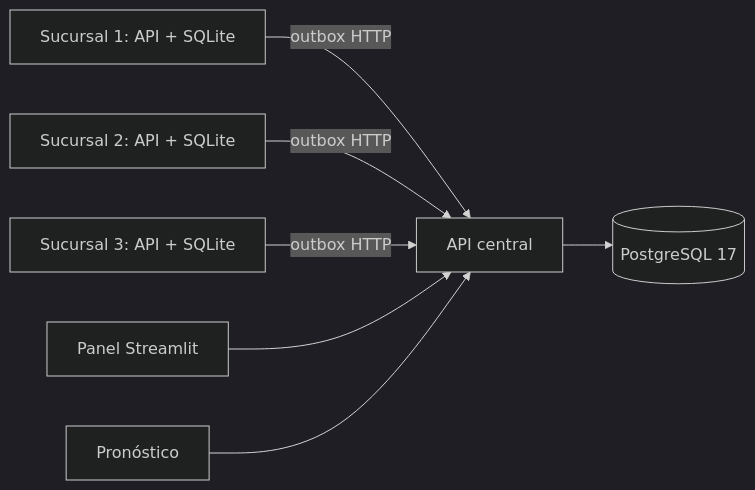
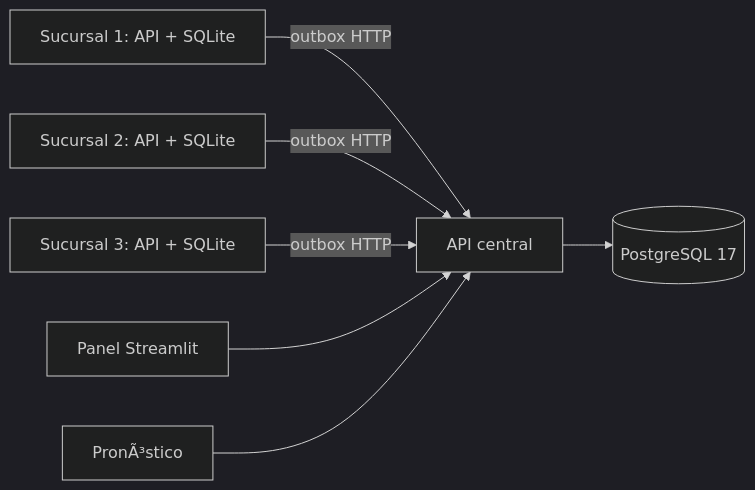
One commit to MattxPz/distributed-retail-intelligence changed the diagram in docs/architecture.md. Above: the diagram before and after it, drawn with Mermaid (dark theme). The commit also changed other lines of this file and 25 other files, not shown here.

````diff
--- a/docs/architecture.md
+++ b/docs/architecture.md
@@ -12,9 +12,9 @@
 ```mermaid
 flowchart LR
   B1[Sucursal 1: API + SQLite] -->|outbox HTTP| C[API central]
   B2[Sucursal 2: API + SQLite] -->|outbox HTTP| C
   B3[Sucursal 3: API + SQLite] -->|outbox HTTP| C
   C --> P[(PostgreSQL 17)]
   D[Panel Streamlit] --> C
-  F[Pronóstico] --> C
+  F[PronÃ³stico] --> C
 ```
````
